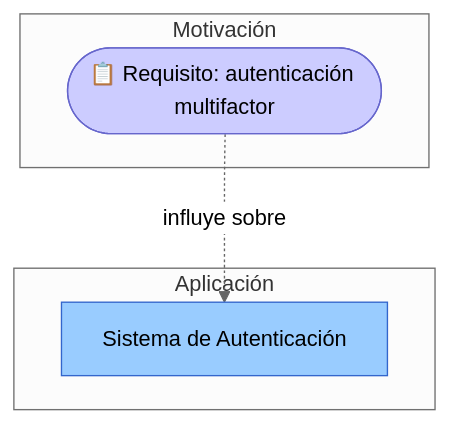
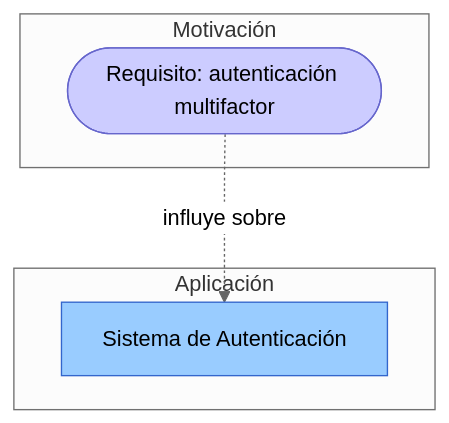
One commit to CesarAVegaF312/AREM-Taller_5_Seguridad changed the second of 2 diagrams in clase/guia_paso_a_paso_stride.md. Above: the diagram before and after it, drawn with Mermaid (neutral theme). The commit also changed other lines of this file and 4 other files, not shown here.

````diff
--- a/clase/guia_paso_a_paso_stride.md
+++ b/clase/guia_paso_a_paso_stride.md
@@ -191,16 +191,16 @@
 ```mermaid
 flowchart TD
     subgraph motivacion["Motivación"]
-        req(["📋 Requisito: autenticación multifactor"])
+        req(["Requisito: autenticación multifactor"])
     end
     subgraph aplicacion["Aplicación"]
         auth["Sistema de Autenticación"]
     end
 
     req -.->|"influye sobre"| auth
 
     classDef motivacion fill:#ccccff,color:#000,stroke:#6666cc;
     classDef aplicacion fill:#99ccff,color:#000,stroke:#3366cc;
     class req motivacion
     class auth aplicacion
 ```
````
